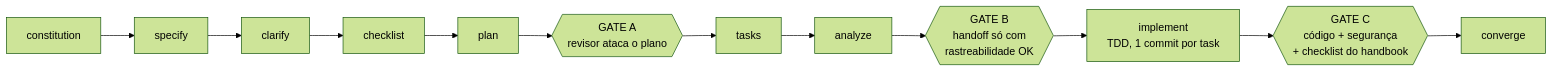
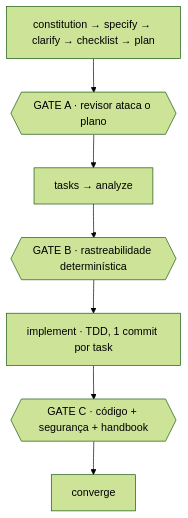
The diagram in README.md (Sousxs/Template), drawn with Mermaid (forest theme) before and after one commit.

Commit message:
docs: diagrama da esteira na vertical para caber no README

````diff
--- a/README.md
+++ b/README.md
@@ -28,9 +28,7 @@
 ```mermaid
-flowchart LR
-    C[constitution] --> S[specify] --> CL[clarify] --> CK[checklist] --> P[plan]
-    P --> GA{{GATE A<br/>revisor ataca o plano}}
-    GA --> T[tasks] --> AN[analyze] --> H{{GATE B<br/>handoff só com<br/>rastreabilidade OK}}
-    H --> I[implement<br/>TDD, 1 commit por task]
-    I --> GC{{GATE C<br/>código + segurança<br/>+ checklist do handbook}}
-    GC --> CV[converge]
+flowchart TD
+    A["constitution → specify → clarify → checklist → plan"] --> GA{{"GATE A · revisor ataca o plano"}}
+    GA --> B["tasks → analyze"] --> GB{{"GATE B · rastreabilidade determinística"}}
+    GB --> C["implement · TDD, 1 commit por task"] --> GC{{"GATE C · código + segurança + handbook"}}
+    GC --> D["converge"]
 ```
````
